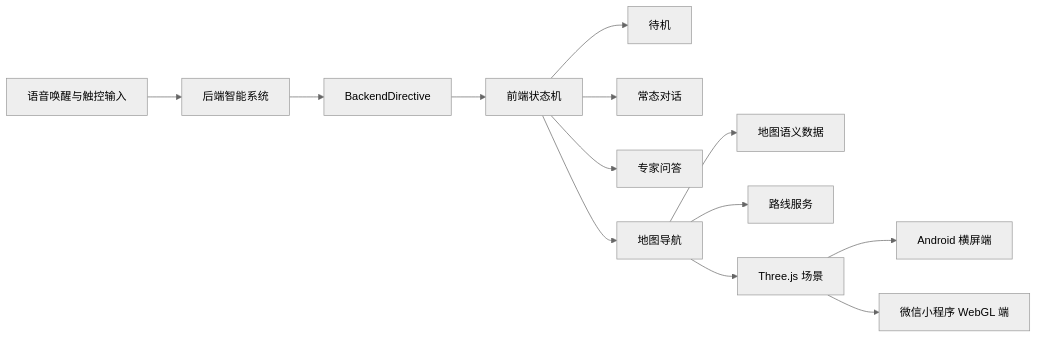
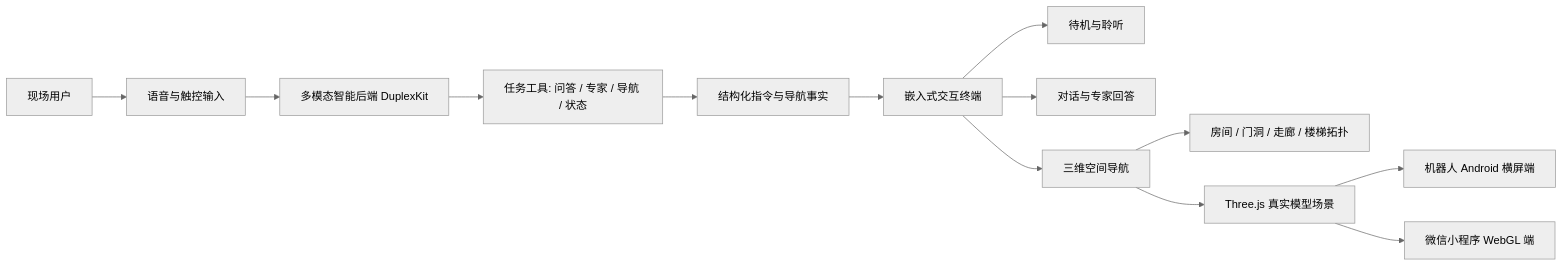
The first of 2 diagrams in docs/design-report/金工小子工程训练设计报告.md (zzw4257/jingongxiaozi), drawn with Mermaid (neutral theme) before and after one commit. The commit also changed other lines of this file and 17 other files, not shown here.

````diff
--- a/docs/design-report/金工小子工程训练设计报告.md
+++ b/docs/design-report/金工小子工程训练设计报告.md
@@ -72,15 +86,15 @@
 ```mermaid
 flowchart LR
-  Voice[语音唤醒与触控输入] --> Backend[后端智能系统]
-  Backend --> Directive[BackendDirective]
-  Directive --> State[前端状态机]
-  State --> Standby[待机]
-  State --> Chat[常态对话]
-  State --> Expert[专家问答]
-  State --> Map[地图导航]
-  Map --> Data[地图语义数据]
-  Map --> Route[路线服务]
-  Map --> Scene[Three.js 场景]
-  Scene --> Android[Android 横屏端]
+  User[现场用户] --> Voice[语音与触控输入]
+  Voice --> Backend[多模态智能后端 DuplexKit]
+  Backend --> Tools[任务工具: 问答 / 专家 / 导航 / 状态]
+  Tools --> Directive[结构化指令与导航事实]
+  Directive --> Terminal[嵌入式交互终端]
+  Terminal --> Standby[待机与聆听]
+  Terminal --> Response[对话与专家回答]
+  Terminal --> Map[三维空间导航]
+  Map --> Topology[房间 / 门洞 / 走廊 / 楼梯拓扑]
+  Map --> Scene[Three.js 真实模型场景]
+  Scene --> Android[机器人 Android 横屏端]
   Scene --> Mini[微信小程序 WebGL 端]
 ```
````
